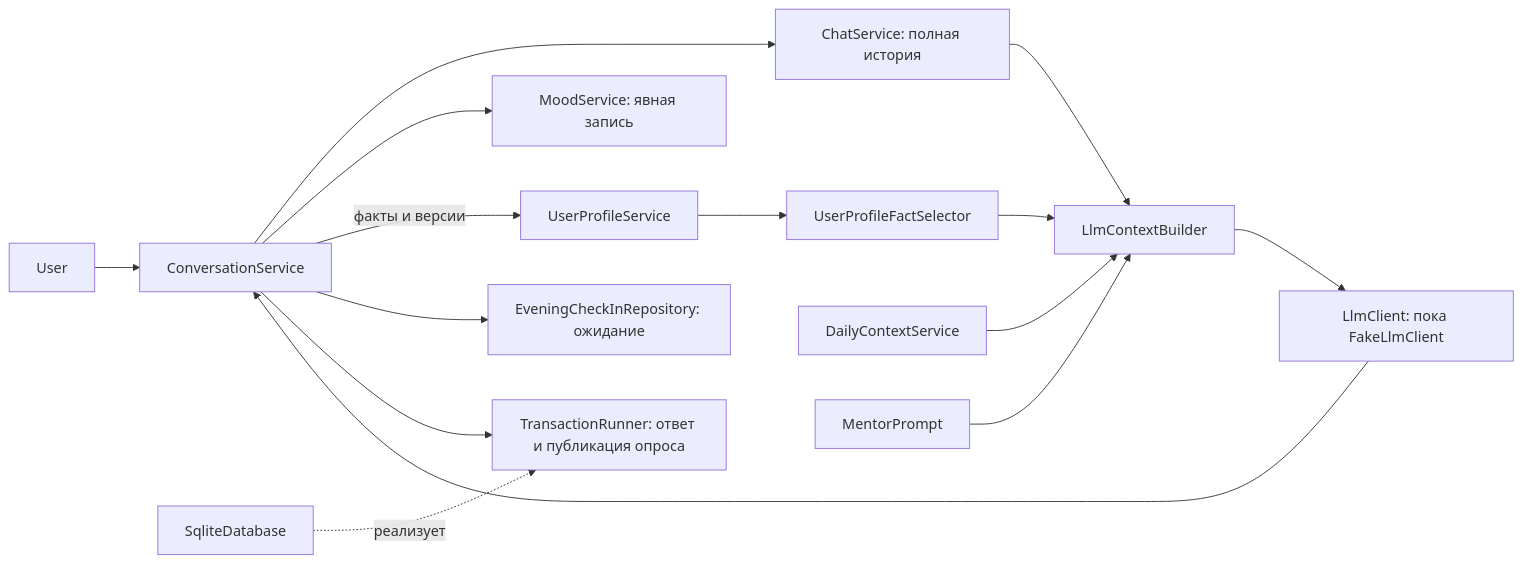
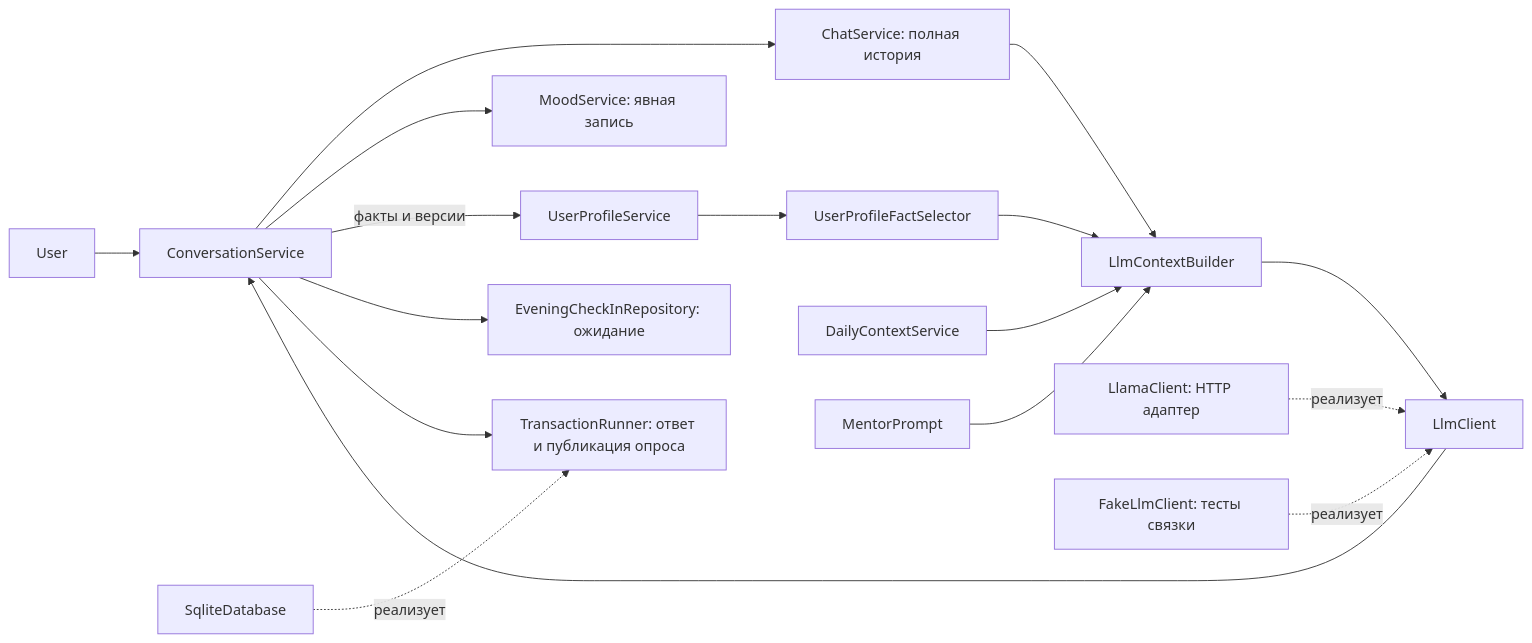
One commit to TasFoma/MySuperAssistant changed the second of 2 diagrams in docs/architecture.md. Above: the diagram before and after it, drawn with Mermaid. The commit also changed other lines of this file and 11 other files, not shown here.

Commit message:
feat: add llama-server HTTP client with strict JSON validation

````diff
--- a/docs/architecture.md
+++ b/docs/architecture.md
@@ -296,17 +302,19 @@
 ```mermaid
 flowchart LR
     user[User] --> conversation[ConversationService]
     conversation --> chat[ChatService: полная история]
     profile[UserProfileService] --> selector[UserProfileFactSelector]
     selector --> builder[LlmContextBuilder]
     daily[DailyContextService] --> builder
     prompt[MentorPrompt] --> builder
     chat --> builder
-    builder --> llm[LlmClient: пока FakeLlmClient]
+    builder --> llm[LlmClient]
+    http[LlamaClient: HTTP адаптер] -. реализует .-> llm
+    fake[FakeLlmClient: тесты связки] -. реализует .-> llm
     llm --> conversation
     conversation --> mood[MoodService: явная запись]
     conversation -->|факты и версии| profile
     conversation --> pending[EveningCheckInRepository: ожидание]
     conversation --> transaction[TransactionRunner: ответ и публикация опроса]
     sqlite[SqliteDatabase] -. реализует .-> transaction
 ```
````
